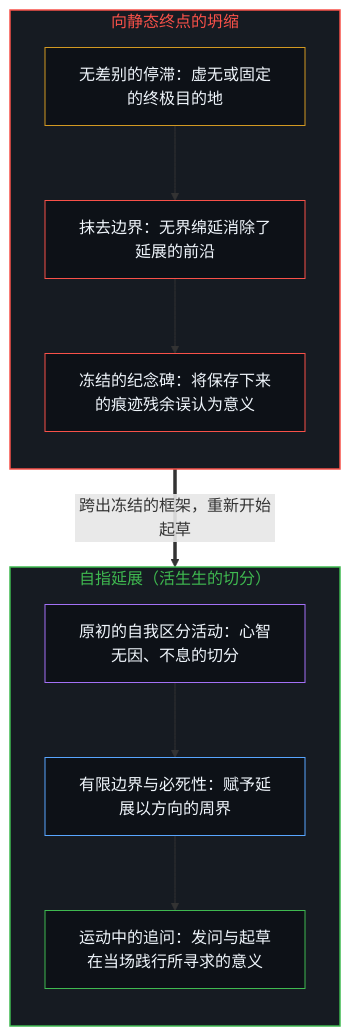
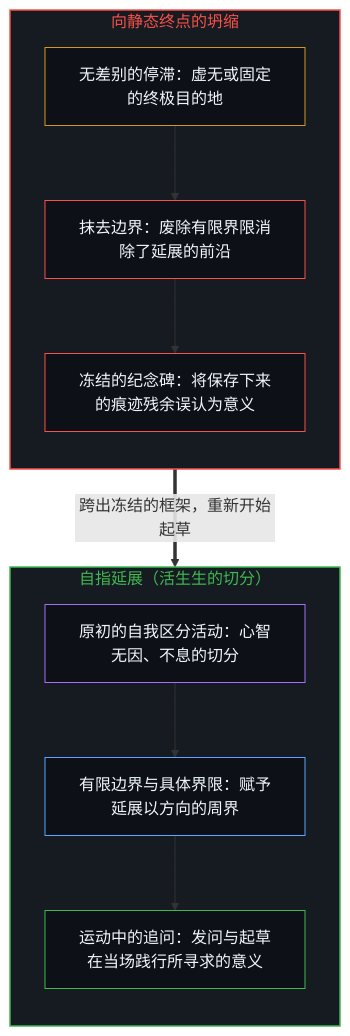
The first of 2 diagrams in content/posts/meaning-of-life-refined.md (powerpig99/not-a-toe), drawn with Mermaid before and after one commit. The commit also changed other lines of this file and 6 other files, not shown here.

````diff
--- a/content/posts/meaning-of-life-refined.md
+++ b/content/posts/meaning-of-life-refined.md
@@ -27,26 +27,26 @@
 ```mermaid
 flowchart TD
     subgraph S_Stasis["向静态终点的坍缩"]
         direction TB
         C_Void["无差别的停滞：虚无或固定的终极目的地"]
-        C_Bound["抹去边界：无界绵延消除了延展的前沿"]
+        C_Bound["抹去边界：废除有限界限消除了延展的前沿"]
         C_Freeze["冻结的纪念碑：将保存下来的痕迹残余误认为意义"]
         C_Void --> C_Bound --> C_Freeze
     end
     subgraph S_Live["自指延展（活生生的切分）"]
         direction TB
         L_Act["原初的自我区分活动：心智无因、不息的切分"]
-        L_Edge["有限边界与必死性：赋予延展以方向的周界"]
+        L_Edge["有限边界与具体界限：赋予延展以方向的周界"]
         L_Ask["运动中的追问：发问与起草在当场践行所寻求的意义"]
         L_Act --> L_Edge --> L_Ask
     end
     C_Freeze ==>|"跨出冻结的框架，重新开始起草"| L_Act
     style S_Stasis fill:#161b22,stroke:#f85149,stroke-width:1.5px,color:#f85149
     style S_Live fill:#161b22,stroke:#3fb950,stroke-width:1.5px,color:#3fb950
     style C_Void fill:#0d1117,stroke:#d29922,stroke-width:1px,color:#f0f6fc
     style C_Bound fill:#0d1117,stroke:#f85149,stroke-width:1px,color:#f0f6fc
     style C_Freeze fill:#0d1117,stroke:#f85149,stroke-width:1px,color:#f0f6fc
     style L_Act fill:#0d1117,stroke:#a371f7,stroke-width:1px,color:#f0f6fc
     style L_Edge fill:#0d1117,stroke:#58a6ff,stroke-width:1px,color:#f0f6fc
     style L_Ask fill:#0d1117,stroke:#3fb950,stroke-width:1px,color:#f0f6fc
 ```
````
